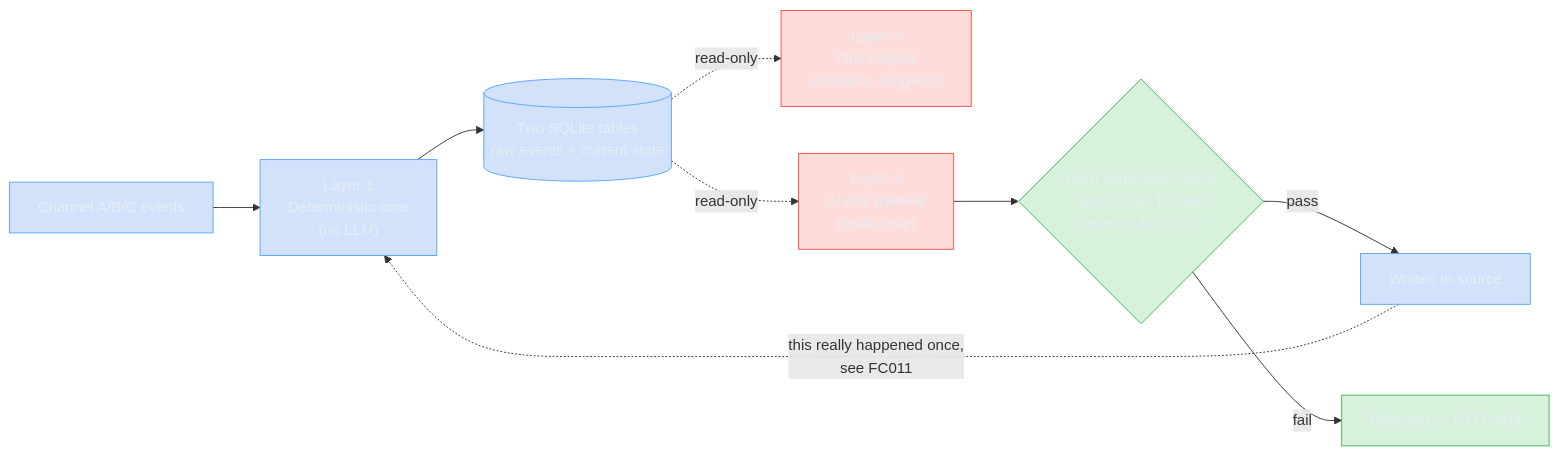
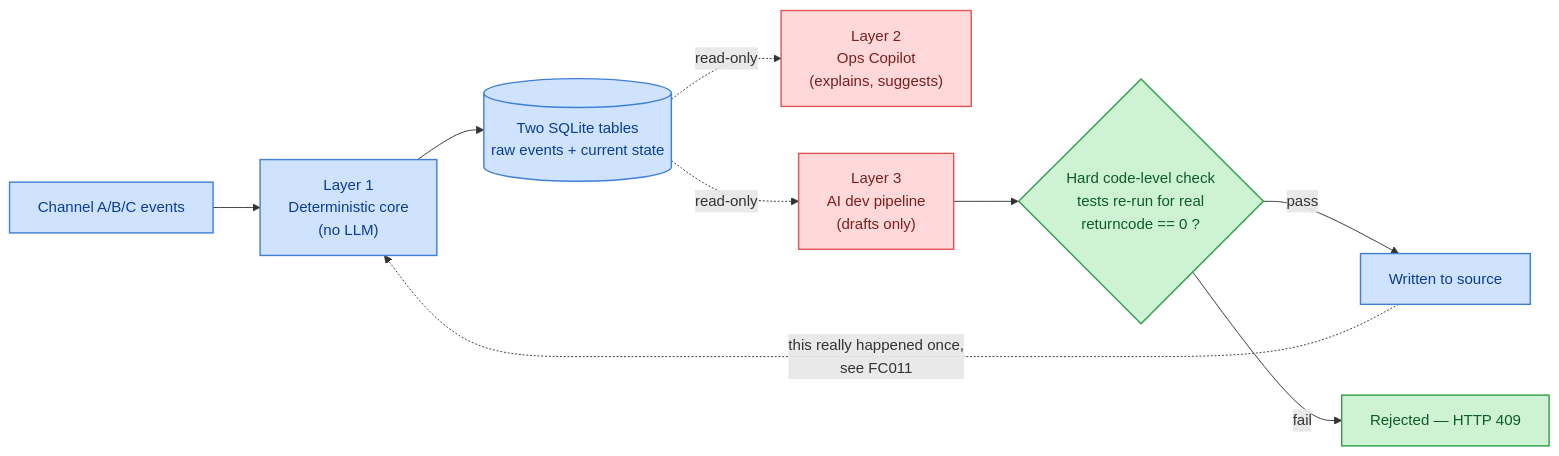
The diagram in README.md (Zeeekrom/payment-reconciliation-engine), drawn with Mermaid before and after one commit.

Commit message:
Fix illegible mermaid diagram colors in README
The console's dark-theme palette (translucent fills, near-white text) is
unreadable once dropped into GitHub's white README background. Switched to
solid light fills with dark text that read correctly there.

````diff
--- a/README.md
+++ b/README.md
@@ -15,20 +15,20 @@
 ```mermaid
 graph LR
     EV["Channel A/B/C events"] --> L1["Layer 1<br/>Deterministic core<br/>(no LLM)"]
     L1 --> DB[("Two SQLite tables<br/>raw events + current state")]
 
     DB -.read-only.-> L2["Layer 2<br/>Ops Copilot<br/>(explains, suggests)"]
     DB -.read-only.-> L3["Layer 3<br/>AI dev pipeline<br/>(drafts only)"]
 
     L3 --> GATE{"Hard code-level check<br/>tests re-run for real<br/>returncode == 0 ?"}
     GATE -->|pass| SRC["Written to source"]
     GATE -->|fail| REJ["Rejected — HTTP 409"]
     SRC -.this really happened once,<br/>see FC011.-> L1
 
-    classDef det fill:#1f6feb33,stroke:#58a6ff,color:#e6edf3
-    classDef ai fill:#f8514933,stroke:#f85149,color:#e6edf3
-    classDef gate fill:#3fb95033,stroke:#3fb950,color:#e6edf3
+    classDef det fill:#cfe3ff,stroke:#3f7fd6,color:#0b3d91,stroke-width:1.5px
+    classDef ai fill:#ffd9d9,stroke:#e05555,color:#7a1f1f,stroke-width:1.5px
+    classDef gate fill:#cdf3d4,stroke:#2f9e44,color:#0f5c26,stroke-width:1.5px
     class L1,DB,SRC,EV det
     class L2,L3 ai
     class GATE,REJ gate
 ```
````
